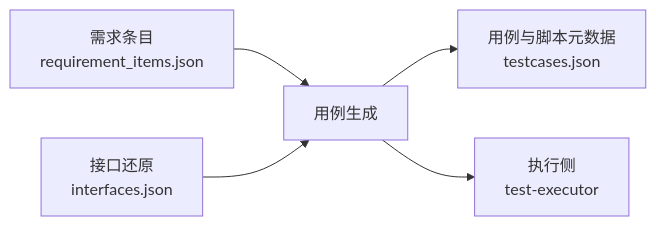
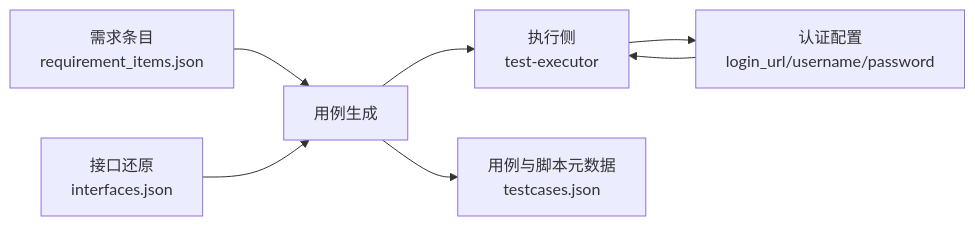
The seventh of 11 diagrams in .qoder/repowiki/zh/content/项目概述/核心功能特性/核心功能特性.md (Joeyzheng001/LLM-AutoTest), drawn with Mermaid before and after one commit. The commit also changed other lines of this file and 94 other files, not shown here.

````diff
--- a/.qoder/repowiki/zh/content/项目概述/核心功能特性/核心功能特性.md
+++ b/.qoder/repowiki/zh/content/项目概述/核心功能特性/核心功能特性.md
@@ -236,7 +286,9 @@
 ```mermaid
 graph LR
 REQ["需求条目<br/>requirement_items.json"] --> GEN["用例生成"]
 IFACE["接口还原<br/>interfaces.json"] --> GEN
+AUTH["认证配置<br/>login_url/username/password"] --> EXEC["执行侧<br/>test-executor"]
 GEN --> TC["用例与脚本元数据<br/>testcases.json"]
-GEN --> EXEC["执行侧<br/>test-executor"]
+GEN --> EXEC
+EXEC --> AUTH
 ```
````
